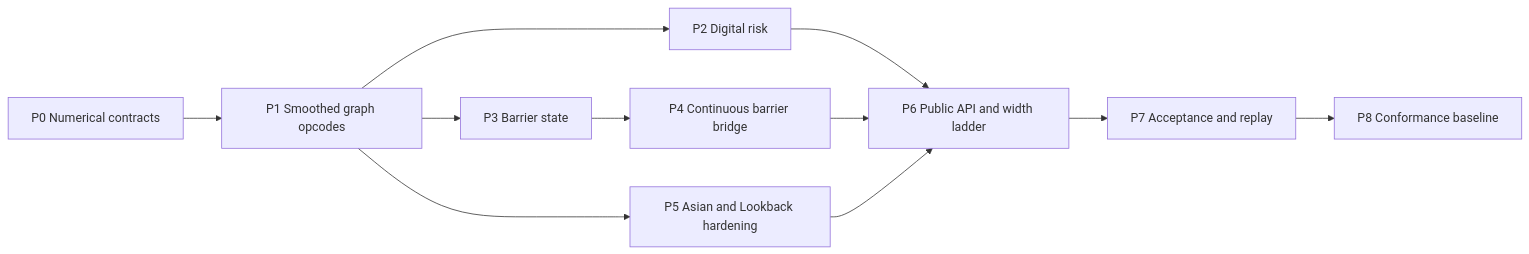
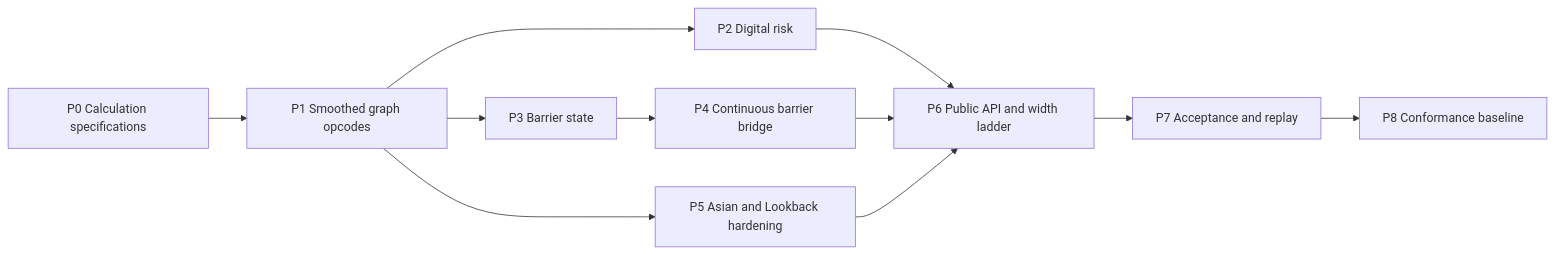
One commit to msfmfjt/rust-pricing-library changed the diagram in design/roadmaps/path-dependence-roadmap-v0.1.md. Above: the diagram before and after it, drawn with Mermaid. The commit also changed other lines of this file and 34 other files, not shown here.

Commit message:
docs: rename numerical contracts to calculation specifications

````diff
--- a/design/roadmaps/path-dependence-roadmap-v0.1.md
+++ b/design/roadmaps/path-dependence-roadmap-v0.1.md
@@ -90,13 +90,13 @@
 ```mermaid
 flowchart LR
-    P0["P0 Numerical contracts"] --> P1["P1 Smoothed graph opcodes"]
+    P0["P0 Calculation specifications"] --> P1["P1 Smoothed graph opcodes"]
     P1 --> P2["P2 Digital risk"]
     P1 --> P3["P3 Barrier state"]
     P3 --> P4["P4 Continuous barrier bridge"]
     P1 --> P5["P5 Asian and Lookback hardening"]
     P2 --> P6["P6 Public API and width ladder"]
     P4 --> P6
     P5 --> P6
     P6 --> P7["P7 Acceptance and replay"]
     P7 --> P8["P8 Conformance baseline"]
 ```
````
